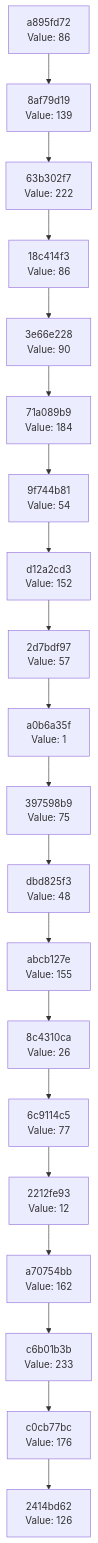
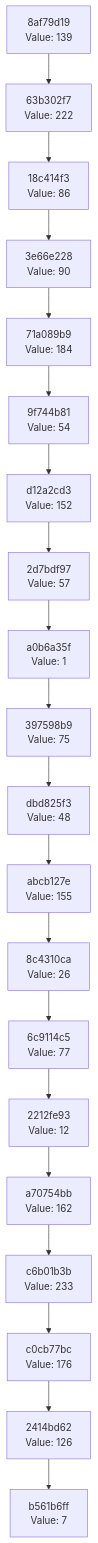
The diagram in docs/CHAIN_VISUALIZATION.md (Abhisheksinha1506/hash-chain-evolver), drawn with Mermaid before and after one commit. The commit also changed 2 other files, not shown here.

Commit message:
Evolution Step

````diff
--- a/docs/CHAIN_VISUALIZATION.md
+++ b/docs/CHAIN_VISUALIZATION.md
@@ -3,42 +3,42 @@
 ```mermaid
 graph TD
-    C0["2414bd62<br/>Value: 126"]
-    C1["c0cb77bc<br/>Value: 176"]
+    C0["b561b6ff<br/>Value: 7"]
+    C1["2414bd62<br/>Value: 126"]
     C1 --> C0
-    C2["c6b01b3b<br/>Value: 233"]
+    C2["c0cb77bc<br/>Value: 176"]
     C2 --> C1
-    C3["a70754bb<br/>Value: 162"]
+    C3["c6b01b3b<br/>Value: 233"]
     C3 --> C2
-    C4["2212fe93<br/>Value: 12"]
+    C4["a70754bb<br/>Value: 162"]
     C4 --> C3
-    C5["6c9114c5<br/>Value: 77"]
+    C5["2212fe93<br/>Value: 12"]
     C5 --> C4
-    C6["8c4310ca<br/>Value: 26"]
+    C6["6c9114c5<br/>Value: 77"]
     C6 --> C5
-    C7["abcb127e<br/>Value: 155"]
+    C7["8c4310ca<br/>Value: 26"]
     C7 --> C6
-    C8["dbd825f3<br/>Value: 48"]
+    C8["abcb127e<br/>Value: 155"]
     C8 --> C7
-    C9["397598b9<br/>Value: 75"]
+    C9["dbd825f3<br/>Value: 48"]
     C9 --> C8
-    C10["a0b6a35f<br/>Value: 1"]
+    C10["397598b9<br/>Value: 75"]
     C10 --> C9
-    C11["2d7bdf97<br/>Value: 57"]
+    C11["a0b6a35f<br/>Value: 1"]
     C11 --> C10
-    C12["d12a2cd3<br/>Value: 152"]
+    C12["2d7bdf97<br/>Value: 57"]
     C12 --> C11
-    C13["9f744b81<br/>Value: 54"]
+    C13["d12a2cd3<br/>Value: 152"]
     C13 --> C12
-    C14["71a089b9<br/>Value: 184"]
+    C14["9f744b81<br/>Value: 54"]
     C14 --> C13
-    C15["3e66e228<br/>Value: 90"]
+    C15["71a089b9<br/>Value: 184"]
     C15 --> C14
-    C16["18c414f3<br/>Value: 86"]
+    C16["3e66e228<br/>Value: 90"]
     C16 --> C15
-    C17["63b302f7<br/>Value: 222"]
+    C17["18c414f3<br/>Value: 86"]
     C17 --> C16
-    C18["8af79d19<br/>Value: 139"]
+    C18["63b302f7<br/>Value: 222"]
     C18 --> C17
-    C19["a895fd72<br/>Value: 86"]
+    C19["8af79d19<br/>Value: 139"]
     C19 --> C18
 ```
````
